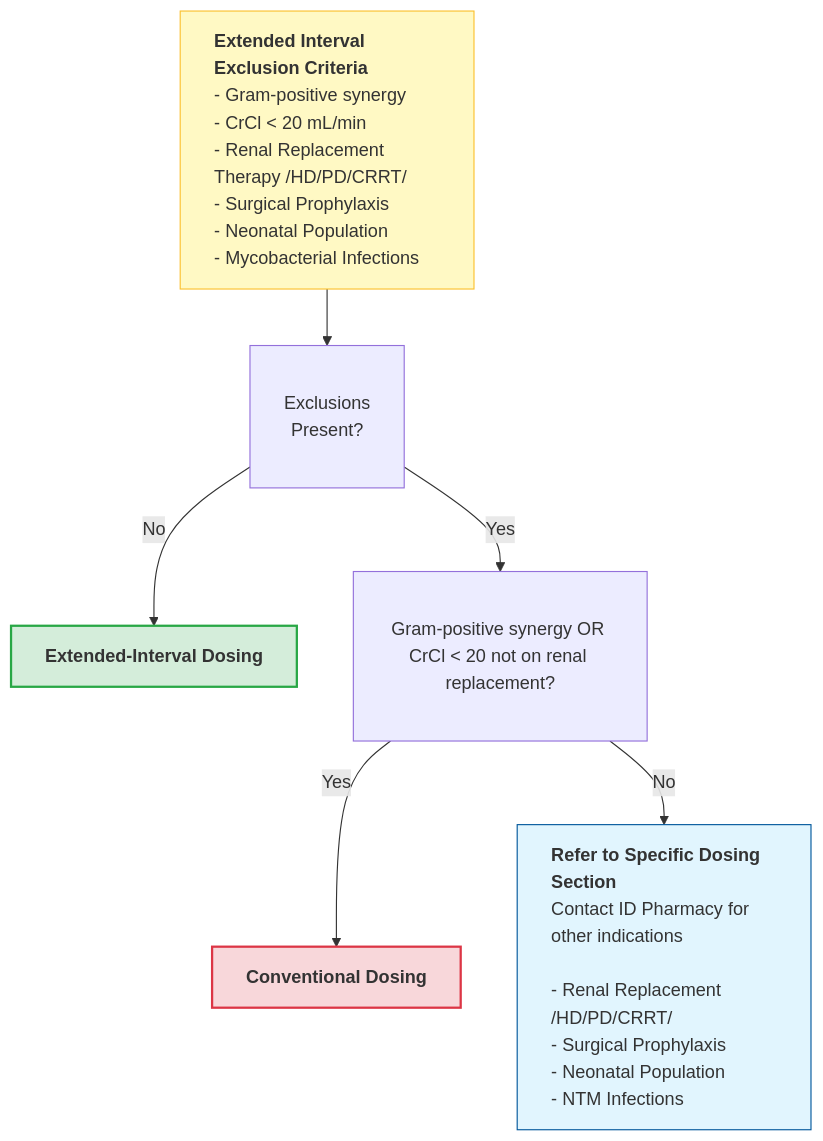
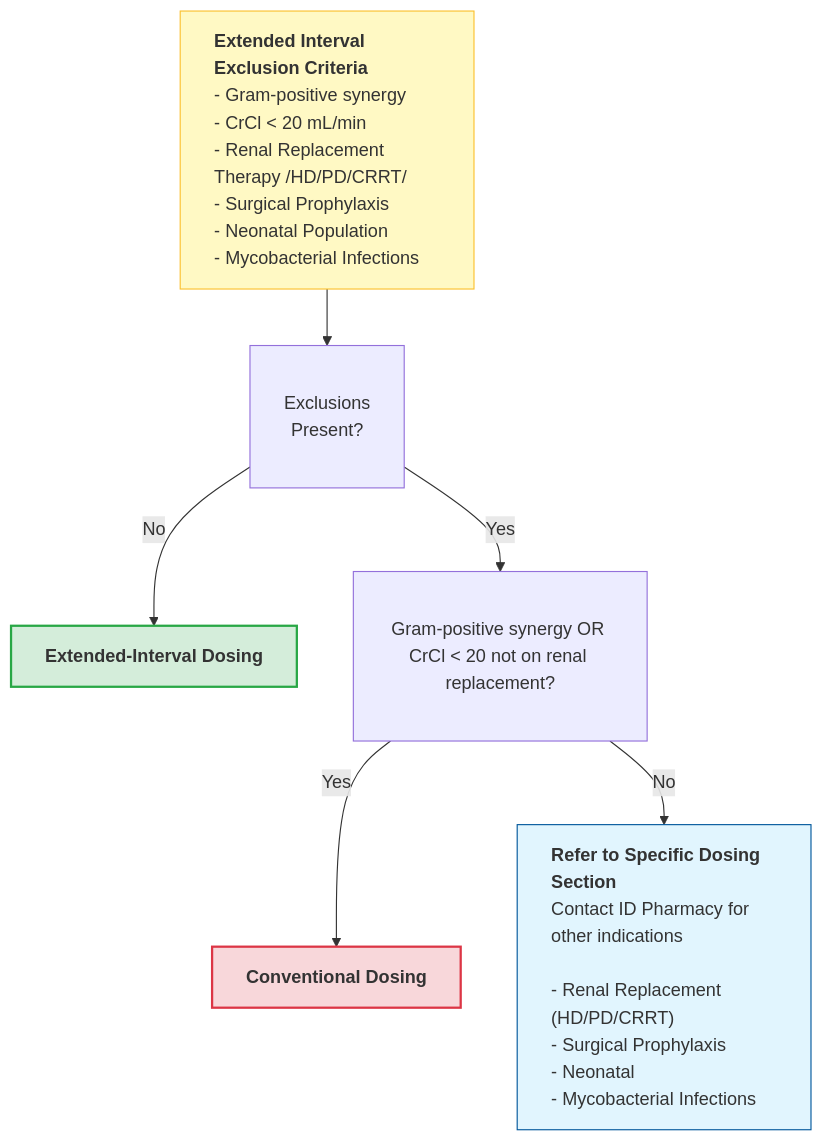
Before and after one commit to shemtsai/Aminoglycoside-Calculator: the diagram in dosing-strategy.md, drawn with Mermaid.

Commit message:
Update dosing strategy details for clarity

````diff
--- a/dosing-strategy.md
+++ b/dosing-strategy.md
@@ -3,33 +3,33 @@
 ```mermaid
 flowchart TD
     %% Step 1: Initial Checklist
     Start["<b>Extended Interval Exclusion Criteria</b><br/>- Gram-positive synergy<br/>- CrCl < 20 mL/min<br/>- Renal Replacement Therapy /HD/PD/CRRT/<br/>- Surgical Prophylaxis<br/>- Neonatal Population<br/>- Mycobacterial Infections"] 
     
     Start --> B[Exclusions<br/>Present?]
     
     %% Path to EI
     B -- No --> EI["<b>Extended-Interval Dosing</b>"]
 
     %% Path to second decision
     B -- Yes --> C["Gram-positive synergy OR CrCl < 20 not on renal replacement?"]
     
     %% Final Outcomes
     C -- Yes --> Conv["<b>Conventional Dosing</b>"]
     
-    C -- No --> D["<b>Refer to Specific Dosing Section</b><br/>Contact ID Pharmacy for other indications<br/><br/>- Renal Replacement /HD/PD/CRRT/<br/>- Surgical Prophylaxis<br/>- Neonatal Population<br/>- NTM Infections"]
+    C -- No --> D["<b>Refer to Specific Dosing Section</b><br/>Contact ID Pharmacy for other indications<br/><br/>- Renal Replacement (HD/PD/CRRT)<br/>- Surgical Prophylaxis<br/>- Neonatal<br/>- Mycobacterial Infections"]
 
     %% STYLING SECTION
     classDef wideBox min-width:400px,text-align:left;
     classDef outcomeBox min-width:300px,text-align:center;
     classDef diamond padding:20px;
 
     class Start,D wideBox;
     class EI,Conv outcomeBox;
     class B,C diamond;
 
     %% Individual Colors
     style Start fill:#fff9c4,stroke:#fbc02d
     style EI fill:#d4edda,stroke:#28a745,stroke-width:2px
     style Conv fill:#f8d7da,stroke:#dc3545,stroke-width:2px
     style D fill:#e1f5fe,stroke:#01579b
 ```
````
